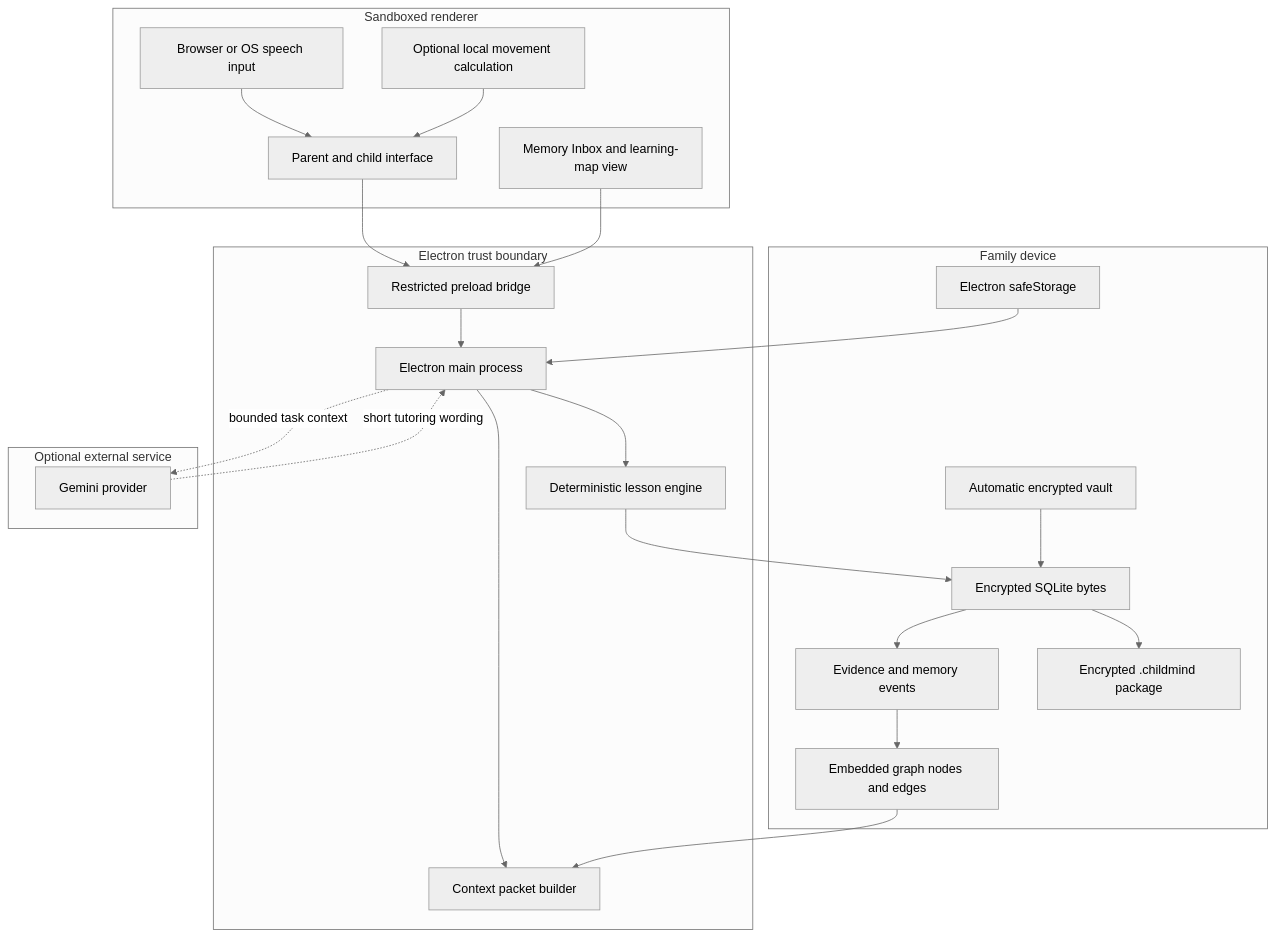
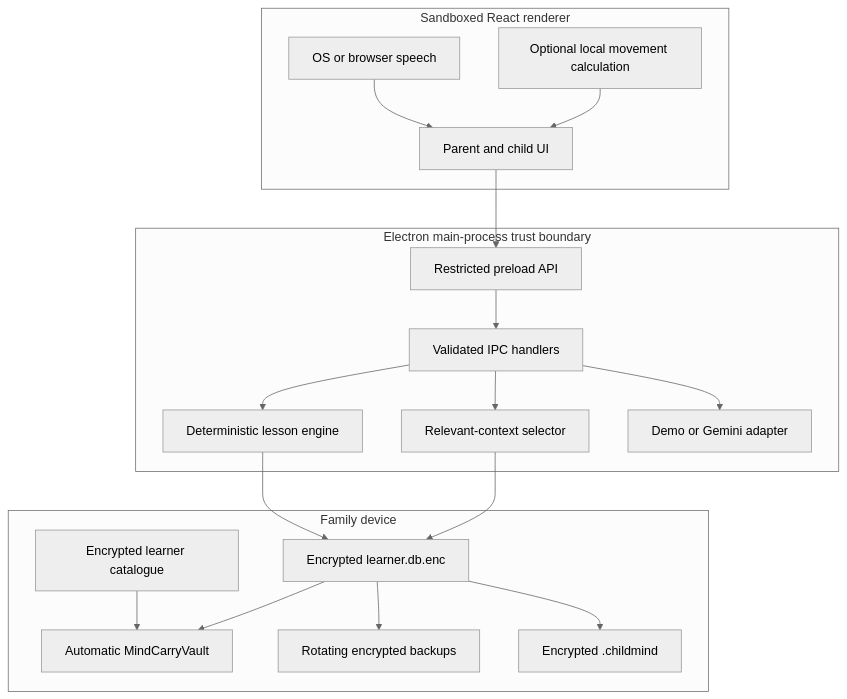
Before and after one commit to inbharatai/mindcarry: the second of 2 diagrams in README.md, drawn with Mermaid (neutral theme). The commit also changed other lines of this file and 17 other files, not shown here.

````diff
--- a/README.md
+++ b/README.md
@@ -313,46 +150,37 @@
 ```mermaid
 flowchart TB
-    subgraph RENDERER[Sandboxed renderer]
-        UI[Parent and child interface]
-        SPEECH[Browser or OS speech input]
+    subgraph RENDERER[Sandboxed React renderer]
+        UI[Parent and child UI]
+        SPEECH[OS or browser speech]
         CAMERA[Optional local movement calculation]
-        INBOXUI[Memory Inbox and learning-map view]
     end
 
-    subgraph TRUST[Electron trust boundary]
-        BRIDGE[Restricted preload bridge]
-        MAIN[Electron main process]
-        ENGINE[Deterministic lesson engine]
-        CONTEXT[Context packet builder]
+    subgraph TRUST[Electron main-process trust boundary]
+        PRELOAD[Restricted preload API]
+        IPC[Validated IPC handlers]
+        LESSON[Deterministic lesson engine]
+        CONTEXT[Relevant-context selector]
+        PROVIDER[Demo or Gemini adapter]
     end
 
     subgraph LOCAL[Family device]
-        VAULT[Automatic encrypted vault]
-        DB[Encrypted SQLite bytes]
-        LEDGER[Evidence and memory events]
-        GRAPH[Embedded graph nodes and edges]
-        EXPORT[Encrypted .childmind package]
-        OSKEY[Electron safeStorage]
+        VAULT[Automatic MindCarryVault]
+        DB[Encrypted learner.db.enc]
+        CATALOG[Encrypted learner catalogue]
+        BACKUPS[Rotating encrypted backups]
+        EXPORT[Encrypted .childmind]
     end
 
-    subgraph EXTERNAL[Optional external service]
-        GEMINI[Gemini provider]
-    end
-
-    UI --> BRIDGE
-    INBOXUI --> BRIDGE
+    UI --> PRELOAD --> IPC
     SPEECH --> UI
     CAMERA --> UI
-    BRIDGE --> MAIN
-    MAIN --> ENGINE
-    MAIN --> CONTEXT
-    ENGINE --> DB
-    DB --> LEDGER
-    LEDGER --> GRAPH
-    GRAPH --> CONTEXT
-    VAULT --> DB
+    IPC --> LESSON
+    IPC --> CONTEXT
+    LESSON --> DB
+    CONTEXT --> DB
+    IPC --> PROVIDER
+    DB --> BACKUPS
     DB --> EXPORT
-    OSKEY --> MAIN
-    MAIN -. bounded task context .-> GEMINI
-    GEMINI -. short tutoring wording .-> MAIN
+    CATALOG --> VAULT
+    DB --> VAULT
 ```
````
